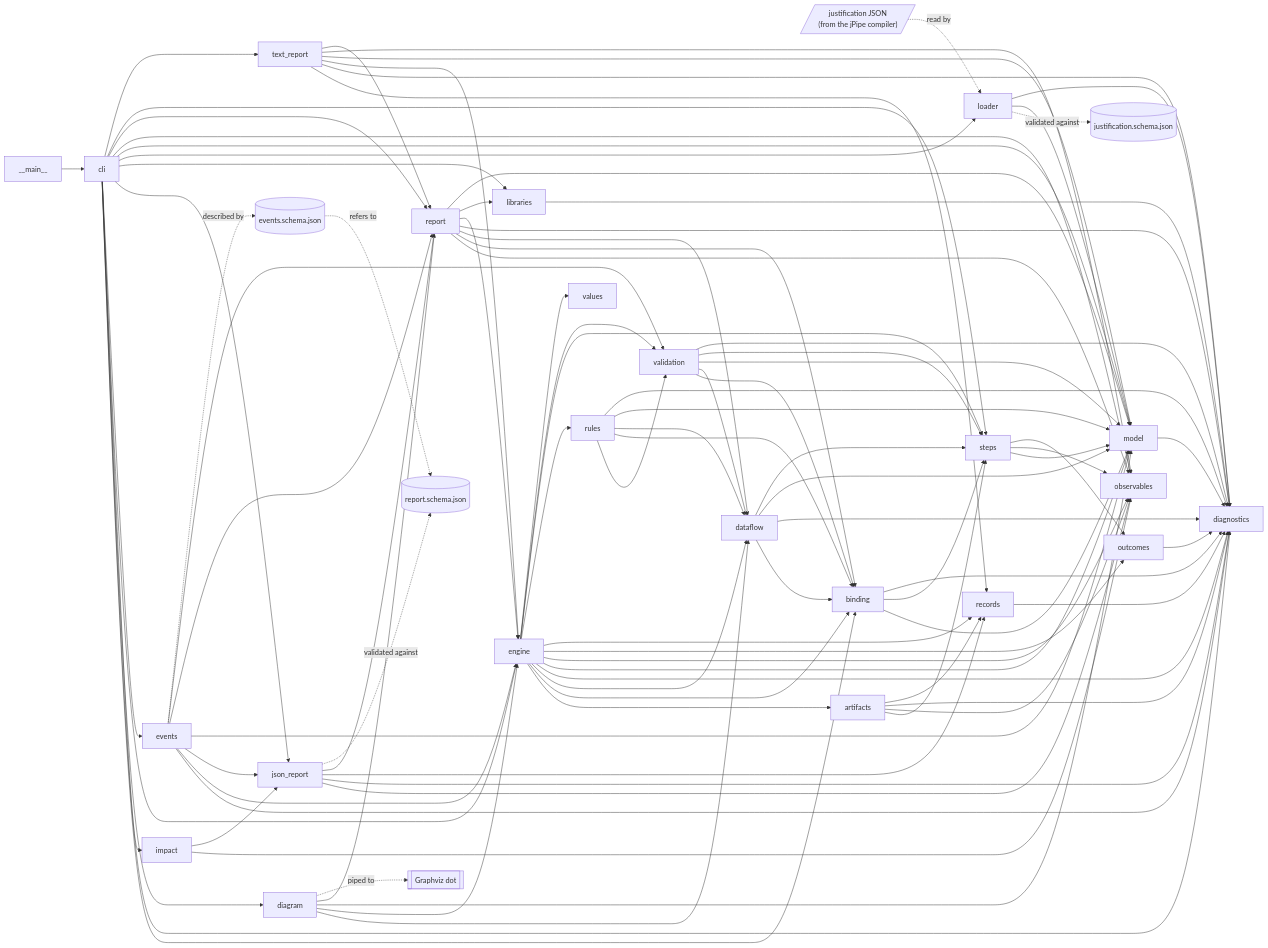
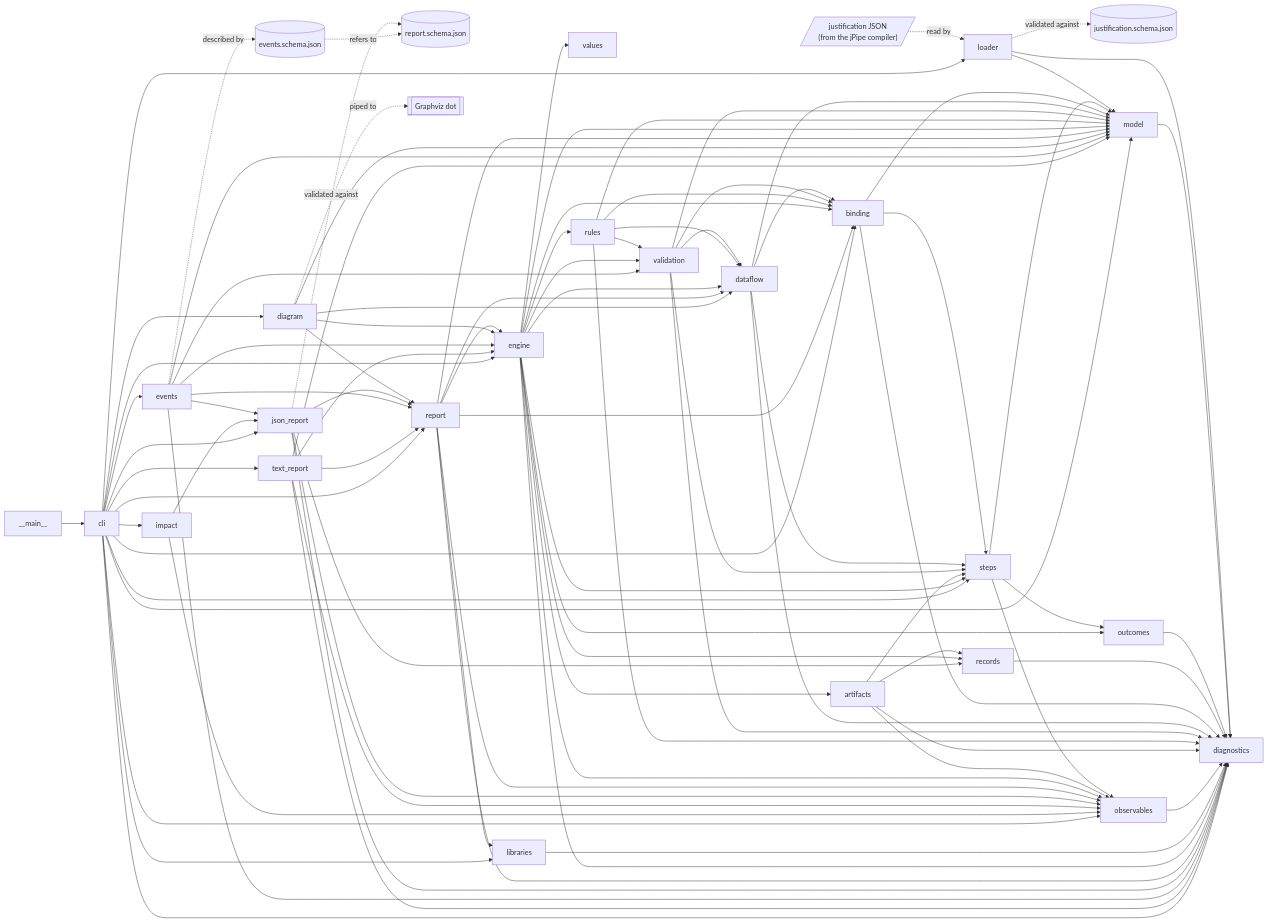
The first of 2 diagrams in docs/design.md (jpipe-mcscert/jpipe-runner), drawn with Mermaid before and after one commit. The commit also changed 9 other files, not shown here.

```diff
--- a/docs/design.md
+++ b/docs/design.md
@@ -43,6 +43,7 @@
     artifacts --> steps
     artifacts --> observables
     artifacts --> diagnostics
+    observables --> diagnostics
     artifacts --> records
     libraries --> diagnostics
     engine --> artifacts
@@ -82,7 +83,6 @@
     events --> validation
     events -.->|described by| eventsschema
     eventsschema -.->|refers to| reportschema
-    text_report --> records
     text_report --> diagnostics
     text_report --> engine
     text_report --> model
```
